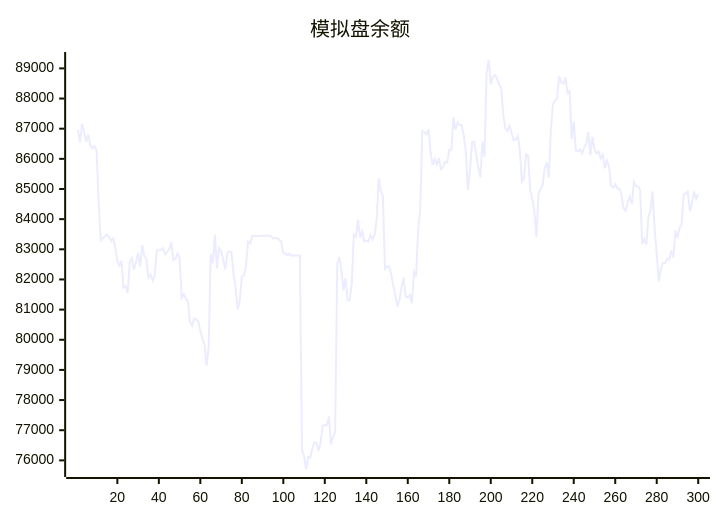
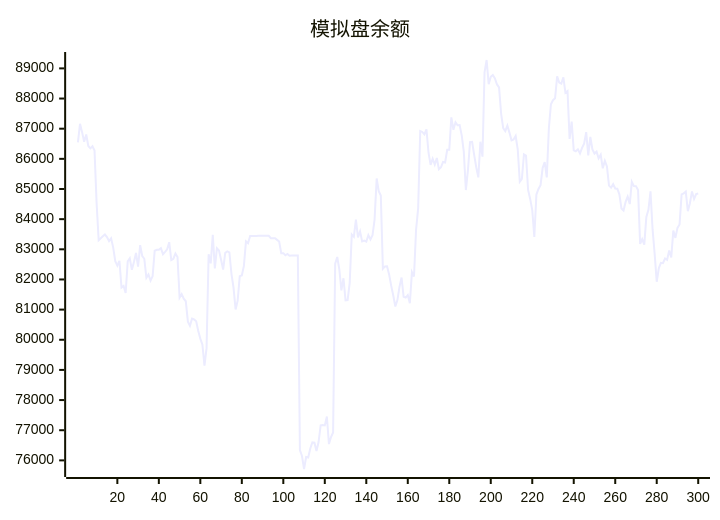
The diagram in README.md (aahl/ai-trading), drawn with Mermaid before and after one commit. The commit also changed other lines of this file and 1 other file, not shown here.

````diff
--- a/README.md
+++ b/README.md
@@ -5,5 +5,5 @@
 ```mermaid
 xychart
     title "模拟盘余额"
-    line [86969,86548,87164,86885,86566,86809,86427,86348,86417,86273,84538,83299,83369,83430,83490,83404,83270,83362,83056,82605,82459,82614,81734,81788,81551,82598,82702,82320,82580,82878,82426,83139,82778,82686,82056,82166,81963,82110,82951,82983,82984,83038,82838,82915,82998,83235,82642,82682,82858,82746,81396,81512,81362,81277,80600,80461,80699,80673,80616,80288,80038,79836,79142,79722,82837,82533,83480,82366,83032,82960,82654,82330,82883,82934,82901,82188,81728,81005,81298,82110,82135,82449,83264,83203,83440,83439,83440,83440,83446,83447,83448,83447,83448,83449,83369,83369,83369,83313,83256,82872,82873,82801,82844,82785,82791,82791,82793,82794,76339,76145,75714,76110,76096,76397,76594,76585,76310,76607,77160,77170,77160,77456,76541,76774,76927,82520,82744,82337,81639,82040,81307,81314,81887,83490,83414,83984,83396,83594,83261,83287,83253,83470,83327,83465,83987,85348,84930,84786,82355,82433,82438,82167,81795,81466,81105,81315,81756,82064,81426,81398,81481,81210,82242,82099,83658,84359,86925,86892,86814,86980,86203,85802,86003,85811,86028,85657,85721,85896,85880,86300,86299,87378,86965,87214,87115,87118,86780,86238,84966,85623,86555,86562,86129,85722,85387,86569,86070,88870,89278,88477,88720,88781,88668,88467,88372,87493,87018,86917,87102,86870,86613,86644,86758,86317,85242,85334,86149,86106,84968,84671,84302,83410,84816,85001,85127,85693,85891,85384,87001,87811,87945,88007,88734,88528,88495,88705,88189,88248,86662,87234,86279,86251,86314,86177,86364,86503,86886,86114,86731,86310,86176,86240,86017,86136,85685,85938,85749,85111,85044,85164,85016,85008,84824,84354,84287,84572,84745,84500,85234,85096,85095,84970,83180,83338,83157,84070,84309,84922,83667,82850,81924,82369,82552,82539,82695,82648,82962,82728,83619,83378,83710,83825,84819,84854,84917,84265,84527,84919,84668,84834]
+    line [86548,87164,86885,86566,86809,86427,86348,86417,86273,84538,83299,83369,83430,83490,83404,83270,83362,83056,82605,82459,82614,81734,81788,81551,82598,82702,82320,82580,82878,82426,83139,82778,82686,82056,82166,81963,82110,82951,82983,82984,83038,82838,82915,82998,83235,82642,82682,82858,82746,81396,81512,81362,81277,80600,80461,80699,80673,80616,80288,80038,79836,79142,79722,82837,82533,83480,82366,83032,82960,82654,82330,82883,82934,82901,82188,81728,81005,81298,82110,82135,82449,83264,83203,83440,83439,83440,83440,83446,83447,83448,83447,83448,83449,83369,83369,83369,83313,83256,82872,82873,82801,82844,82785,82791,82791,82793,82794,76339,76145,75714,76110,76096,76397,76594,76585,76310,76607,77160,77170,77160,77456,76541,76774,76927,82520,82744,82337,81639,82040,81307,81314,81887,83490,83414,83984,83396,83594,83261,83287,83253,83470,83327,83465,83987,85348,84930,84786,82355,82433,82438,82167,81795,81466,81105,81315,81756,82064,81426,81398,81481,81210,82242,82099,83658,84359,86925,86892,86814,86980,86203,85802,86003,85811,86028,85657,85721,85896,85880,86300,86299,87378,86965,87214,87115,87118,86780,86238,84966,85623,86555,86562,86129,85722,85387,86569,86070,88870,89278,88477,88720,88781,88668,88467,88372,87493,87018,86917,87102,86870,86613,86644,86758,86317,85242,85334,86149,86106,84968,84671,84302,83410,84816,85001,85127,85693,85891,85384,87001,87811,87945,88007,88734,88528,88495,88705,88189,88248,86662,87234,86279,86251,86314,86177,86364,86503,86886,86114,86731,86310,86176,86240,86017,86136,85685,85938,85749,85111,85044,85164,85016,85008,84824,84354,84287,84572,84745,84500,85234,85096,85095,84970,83180,83338,83157,84070,84309,84922,83667,82850,81924,82369,82552,82539,82695,82648,82962,82728,83619,83378,83710,83825,84819,84854,84917,84265,84527,84919,84668,84834,84850]
 ```
````
